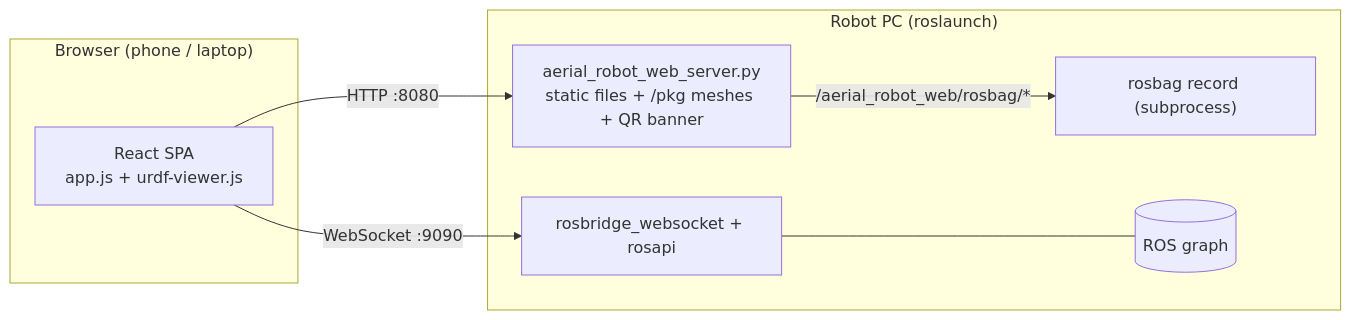
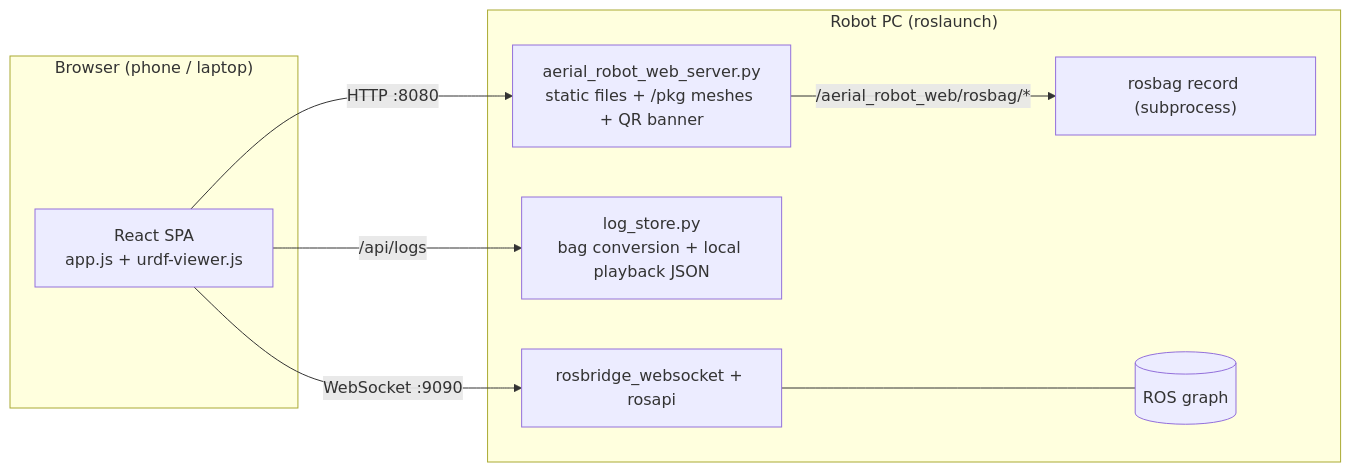
The diagram in aerial_robot_web/README.md (Tomoya-Oku/jsk_aerial_robot), drawn with Mermaid before and after one commit. The commit also changed other lines of this file and 8 other files, not shown here.

````diff
--- a/aerial_robot_web/README.md
+++ b/aerial_robot_web/README.md
@@ -118,16 +142,18 @@
 ```mermaid
 flowchart LR
     subgraph Browser["Browser (phone / laptop)"]
         UI["React SPA<br/>app.js + urdf-viewer.js"]
     end
     subgraph Robot["Robot PC (roslaunch)"]
         HTTP["aerial_robot_web_server.py<br/>static files + /pkg meshes + QR banner"]
+        LOG["log_store.py<br/>bag conversion + local playback JSON"]
         RB["rosbridge_websocket + rosapi"]
         BAG["rosbag record (subprocess)"]
         ROS[("ROS graph")]
     end
     UI -- "HTTP :8080" --> HTTP
+    UI -- "/api/logs" --> LOG
     UI -- "WebSocket :9090" --> RB
     RB --- ROS
     HTTP -- "/aerial_robot_web/rosbag/*" --> BAG
 ```
````
